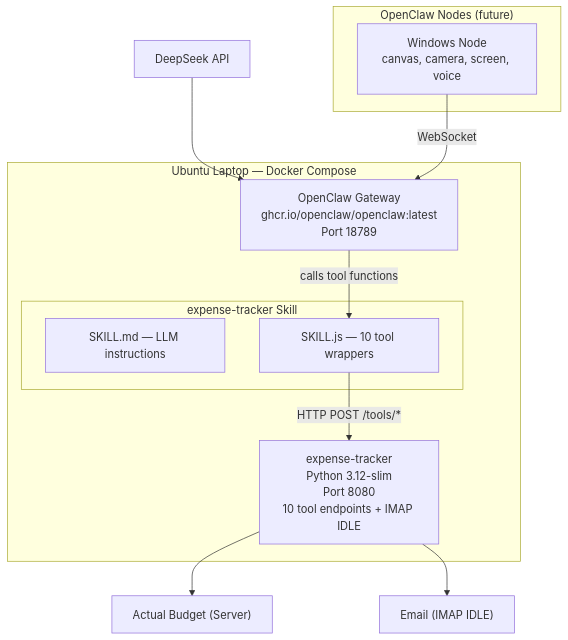
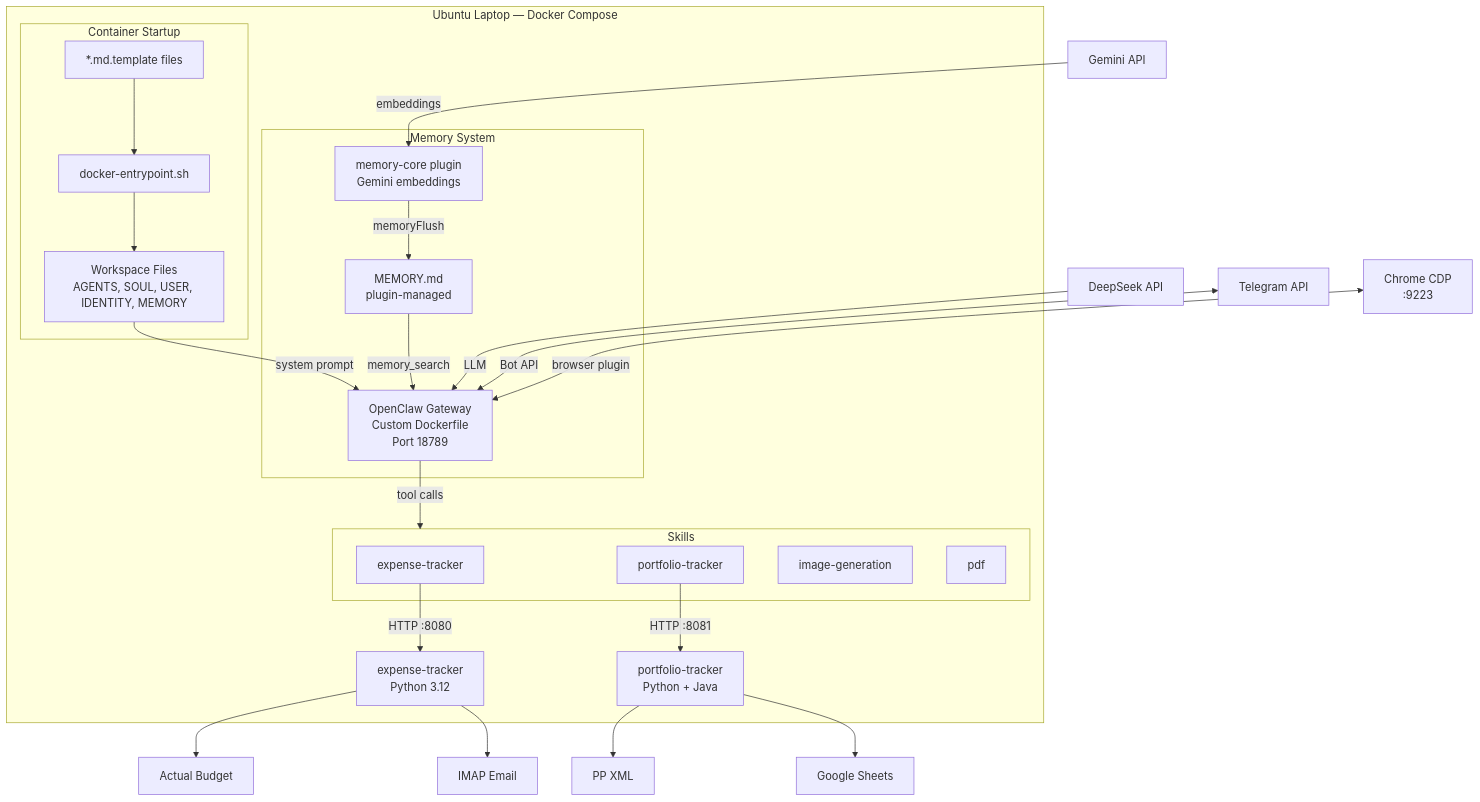
One commit to darrencjh8/darren-openclaw changed the sixth of 10 diagrams in design.md. Above: the diagram before and after it, drawn with Mermaid. The commit also changed other lines of this file and 6 other files, not shown here.

First line of the commit message:
Add MEMORY.md template and rewrite USER.md for persistent workspace memory

````diff
--- a/design.md
+++ b/design.md
@@ -591,25 +604,41 @@
 ```mermaid
 graph TB
     subgraph Local["Ubuntu Laptop — Docker Compose"]
-        GW["OpenClaw Gateway<br/>ghcr.io/openclaw/openclaw:latest<br/>Port 18789"]
-        
-        subgraph Skill["expense-tracker Skill"]
-            MD["SKILL.md — LLM instructions"]
-            JS["SKILL.js — 10 tool wrappers"]
+        subgraph Startup["Container Startup"]
+            TPL["*.md.template files"]
+            ENT["docker-entrypoint.sh"]
+            WS["Workspace Files<br/>AGENTS, SOUL, USER, IDENTITY, MEMORY"]
+            TPL --> ENT --> WS
         end
-        
-        ET["expense-tracker<br/>Python 3.12-slim<br/>Port 8080<br/>10 tool endpoints + IMAP IDLE"]
-        
-        GW -->|"calls tool functions"| JS
-        JS -->|"HTTP POST /tools/*"| ET
+
+        GW["OpenClaw Gateway<br/>Custom Dockerfile<br/>Port 18789"]
+        WS -->|"system prompt"| GW
+
+        subgraph Memory["Memory System"]
+            MC["memory-core plugin<br/>Gemini embeddings"]
+            MEM["MEMORY.md<br/>plugin-managed"]
+            MC -->|"memoryFlush"| MEM
+            MEM -->|"memory_search"| GW
+        end
+
+        subgraph Skills["Skills"]
+            EXP["expense-tracker"]
+            POR["portfolio-tracker"]
+            IMG["image-generation"]
+            PDF["pdf"]
+        end
+
+        GW -->|"tool calls"| Skills
+        EXP -->|"HTTP :8080"| ET["expense-tracker<br/>Python 3.12"]
+        POR -->|"HTTP :8081"| PT["portfolio-tracker<br/>Python + Java"]
     end
 
-    DS["DeepSeek API"] --> GW
-    ET --> AB["Actual Budget (Server)"]
-    ET --> Email["Email (IMAP IDLE)"]
-
-    subgraph Nodes["OpenClaw Nodes (future)"]
-        WIN["Windows Node<br/>canvas, camera, screen, voice"]
-    end
-    WIN -->|"WebSocket"| GW
+    DS["DeepSeek API"] -->|"LLM"| GW
+    GM["Gemini API"] -->|"embeddings"| MC
+    TG["Telegram API"] <-->|"Bot API"| GW
+    CH["Chrome CDP<br/>:9223"] <-->|"browser plugin"| GW
+    ET --> AB["Actual Budget"]
+    ET --> Email["IMAP Email"]
+    PT --> PP["PP XML"]
+    PT --> GS["Google Sheets"]
 ```
````
